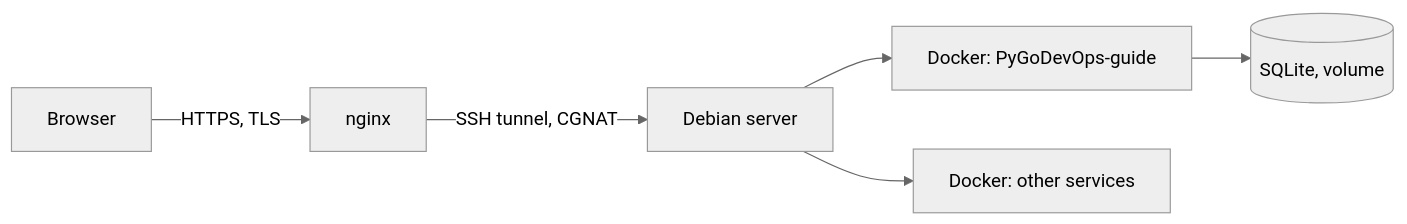
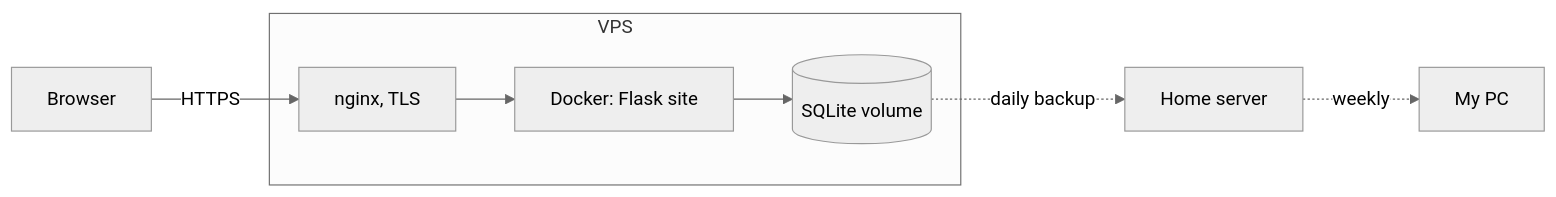
The diagram in README.md (Itegin/itegin), drawn with Mermaid (neutral theme) before and after one commit. The commit also changed other lines of this file and 1 other file, not shown here.

Commit message:
Profile: Linux & Monitoring Engineer, current experience, site on VPS

````diff
--- a/README.md
+++ b/README.md
@@ -72,8 +74,9 @@
 ```mermaid
 flowchart LR
-    U[Browser] -->|HTTPS, TLS| N[nginx]
-    N -->|SSH tunnel, CGNAT| S[Debian server]
-    S --> D1[Docker: PyGoDevOps-guide]
-    S --> D2[Docker: other services]
-    D1 --> DB[(SQLite, volume)]
+    U[Browser] -->|HTTPS| N[nginx, TLS]
+    subgraph VPS
+        N --> A[Docker: Flask site]
+        A --> DB[(SQLite volume)]
+    end
+    DB -. daily backup .-> H[Home server] -. weekly .-> P[My PC]
 ```
````
